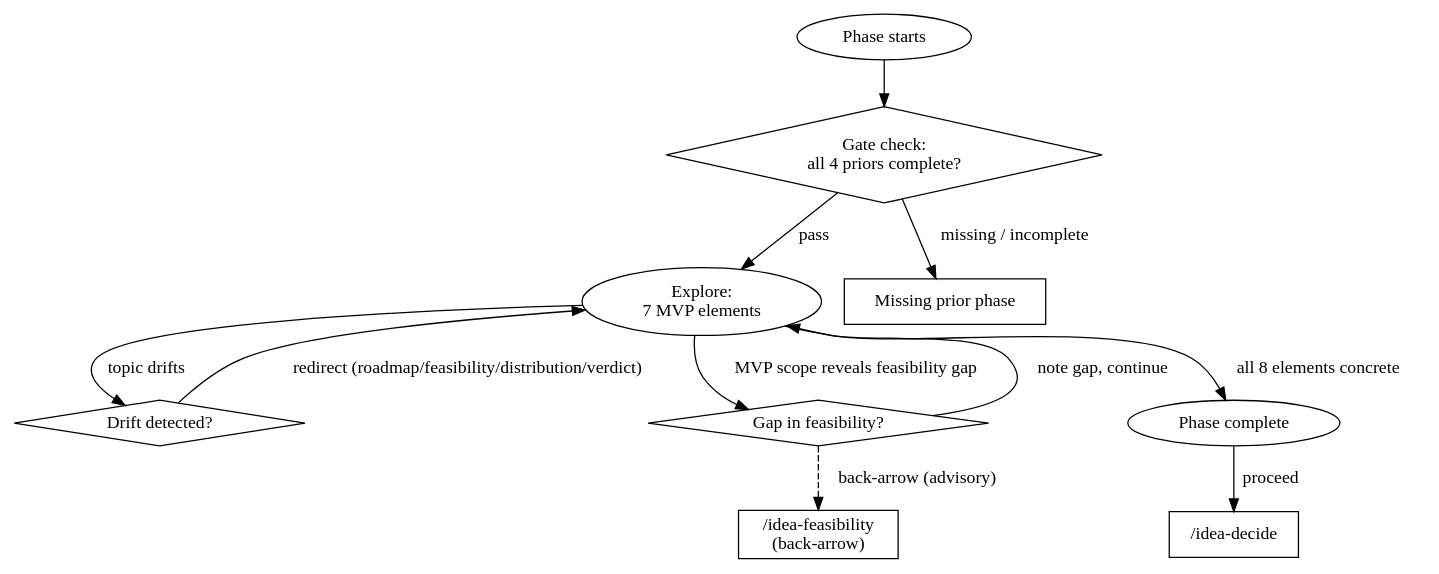
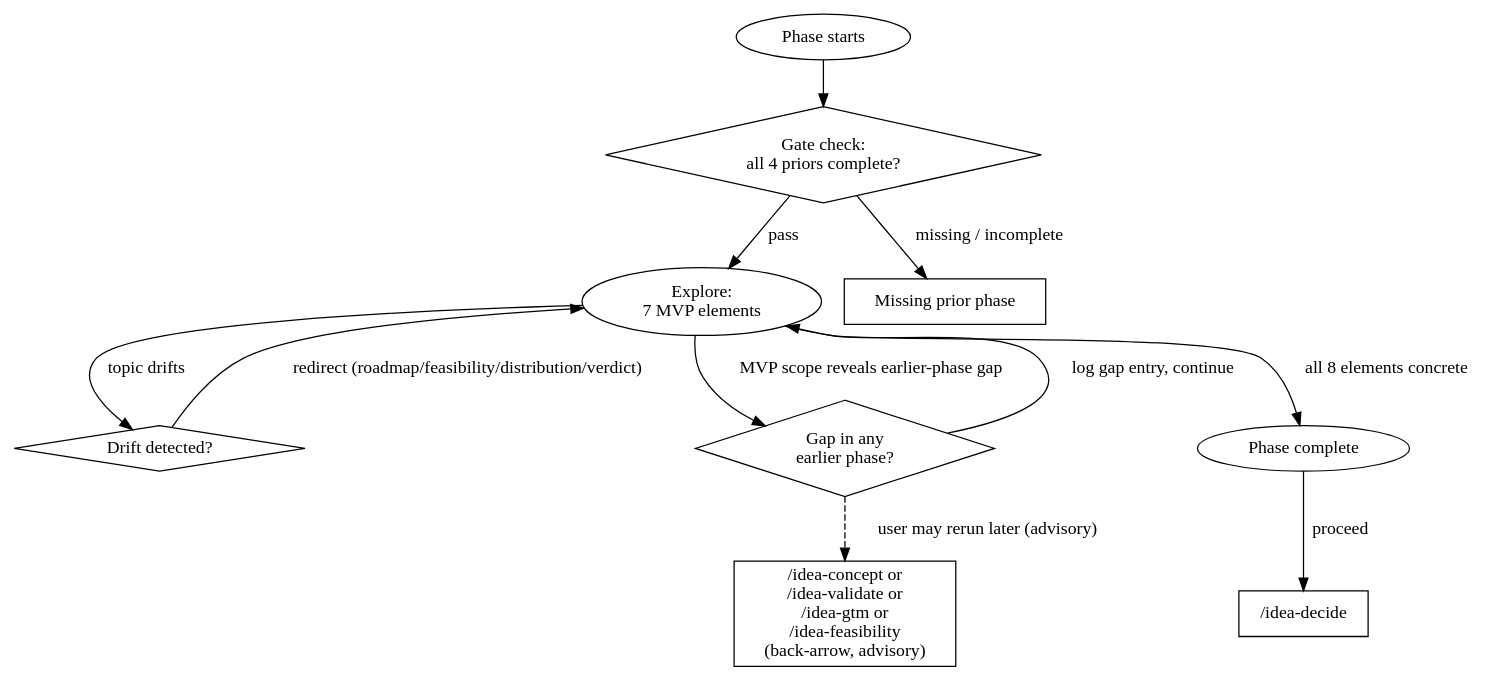
Before and after one commit to sticatz/eureka: the diagram in skills/idea-mvp/SKILL.md, drawn with Graphviz. The commit also changed other lines of this file and 9 other files, not shown here.

````diff
--- a/skills/idea-mvp/SKILL.md
+++ b/skills/idea-mvp/SKILL.md
@@ -29,24 +30,24 @@
 ```dot
 digraph mvp {
     entry [label="Phase starts" shape=ellipse];
     gate [label="Gate check:\nall 4 priors complete?" shape=diamond];
     explore [label="Explore:\n7 MVP elements"];
     drift [label="Drift detected?" shape=diamond];
-    gap [label="Gap in feasibility?" shape=diamond];
+    gap [label="Gap in any\nearlier phase?" shape=diamond];
     complete [label="Phase complete" shape=ellipse];
     decide [label="/idea-decide" shape=box];
-    feasibility [label="/idea-feasibility\n(back-arrow)" shape=box];
+    earlier [label="/idea-concept or\n/idea-validate or\n/idea-gtm or\n/idea-feasibility\n(back-arrow, advisory)" shape=box];
     prior [label="Missing prior phase" shape=box];
 
     entry -> gate;
     gate -> explore [label="pass"];
     gate -> prior [label="missing / incomplete"];
     explore -> drift [label="topic drifts"];
     drift -> explore [label="redirect (roadmap/feasibility/distribution/verdict)"];
-    explore -> gap [label="MVP scope reveals feasibility gap"];
-    gap -> explore [label="note gap, continue"];
-    gap -> feasibility [label="back-arrow (advisory)" style=dashed];
+    explore -> gap [label="MVP scope reveals earlier-phase gap"];
+    gap -> explore [label="log gap entry, continue"];
+    gap -> earlier [label="user may rerun later (advisory)" style=dashed];
     explore -> complete [label="all 8 elements concrete"];
     complete -> decide [label="proceed"];
 }
 ```
````
